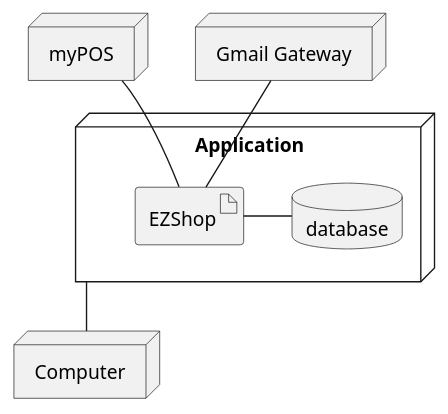
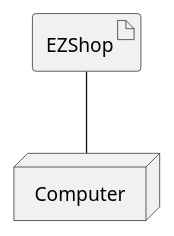
The fourth of 4 diagrams in Deliverables/RequirementsDocument.md (giuseppesalvi/ezshop), drawn with PlantUML before and after one commit. The commit also changed other lines of this file, not shown here.

Commit message:
updated use case diagram, deployment diagram, minor changes

````diff
--- a/Deliverables/RequirementsDocument.md
+++ b/Deliverables/RequirementsDocument.md
@@ -716,15 +643,5 @@
 ```plantuml
-node Application {
-    artifact EZShop
-    database "database" as db
-}
-
+artifact EZShop
 node "Computer" as c
-node "Gmail Gateway" as gw
-node "myPOS" as mp
-
-Application -down- c
-EZShop -right- db
-EZShop -up- gw
-EZShop -up- mp
+EZShop -- c
 ```
````
